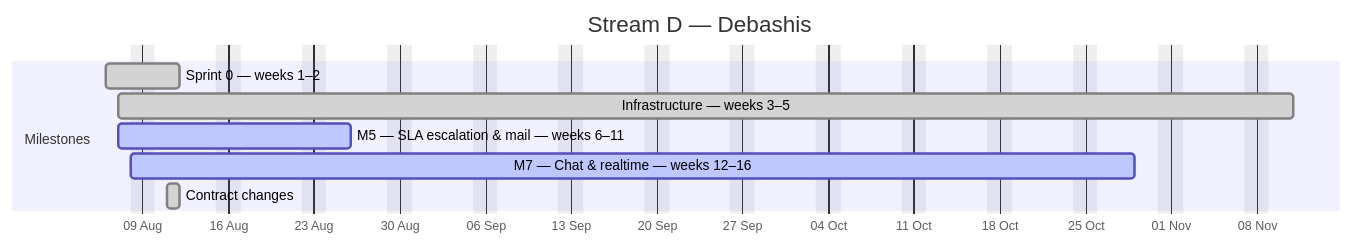
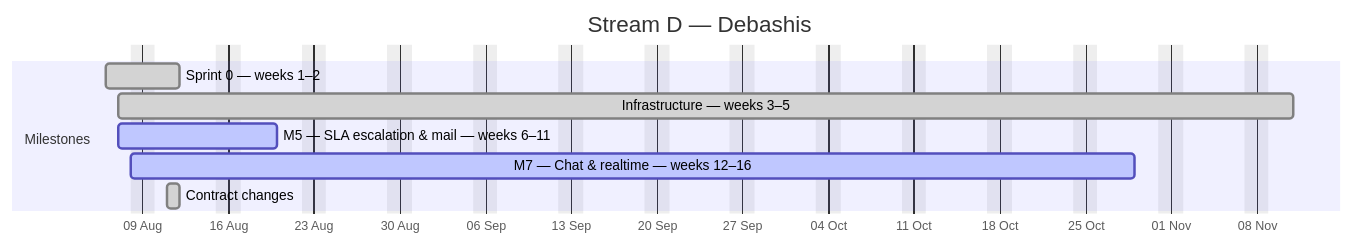
The fourth of 4 diagrams in docs/plan/GANTT.md (debashisedunext/EduTrack), drawn with Mermaid before and after one commit. The commit also changed other lines of this file and 3 other files, not shown here.

````diff
--- a/docs/plan/GANTT.md
+++ b/docs/plan/GANTT.md
@@ -158,13 +158,13 @@
 ```mermaid
 gantt
     dateFormat YYYY-MM-DD
     axisFormat %d %b
     title Stream D — Debashis
     excludes weekends
     section Milestones
     Sprint 0 — weeks 1–2 :done, d0, 2026-08-06, 4d
     Infrastructure — weeks 3–5 :done, d1, 2026-08-07, 68d
-    M5 — SLA  escalation & mail — weeks 6–11 :active, d2, 2026-08-07, 13d
+    M5 — SLA  escalation & mail — weeks 6–11 :active, d2, 2026-08-07, 9d
     M7 — Chat & realtime — weeks 12–16 :active, d3, 2026-08-08, 59d
     Contract changes :done, d4, 2026-08-11, 1d
 ```
````
